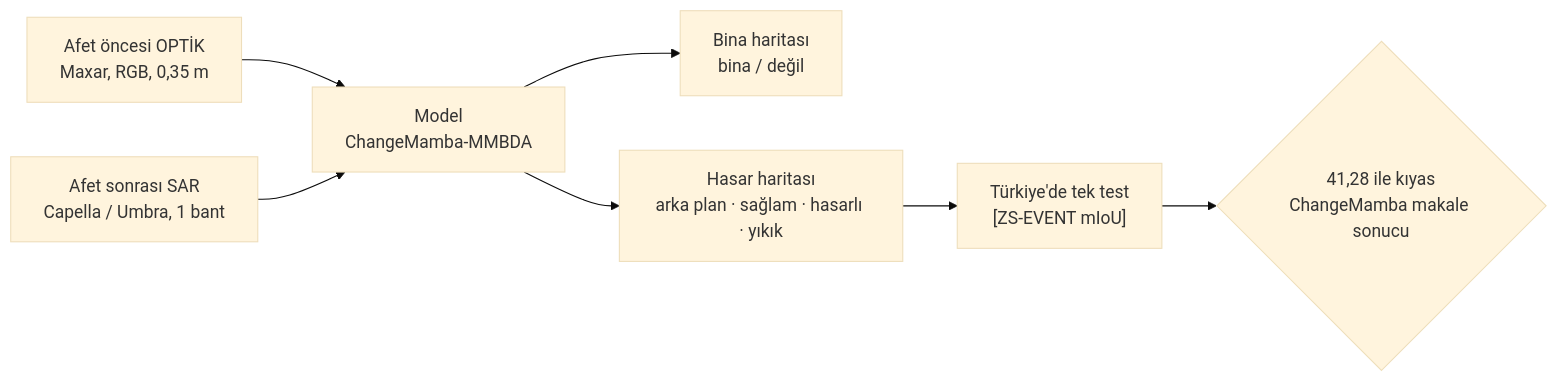
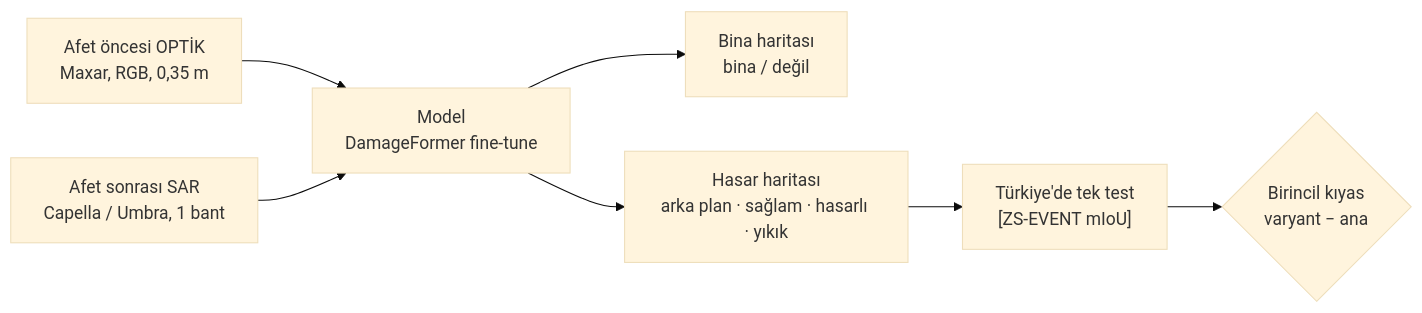
One commit to OgzhnTarhn/deprem-hasar-haritasi changed the first of 7 diagrams in docs/proje-haritasi.md. Above: the diagram before and after it, drawn with Mermaid (base theme). The commit also changed other lines of this file and 2 other files, not shown here.

Commit message:
Ders kitabına fine-tune ve SAR artırımı dersini ekle

````diff
--- a/docs/proje-haritasi.md
+++ b/docs/proje-haritasi.md
@@ -45,9 +45,9 @@
 ```mermaid
 flowchart LR
     A["Afet öncesi OPTİK<br/>Maxar, RGB, 0,35 m"] --> M
     B["Afet sonrası SAR<br/>Capella / Umbra, 1 bant"] --> M
-    M["Model<br/>ChangeMamba-MMBDA"] --> L["Bina haritası<br/>bina / değil"]
+    M["Model<br/>DamageFormer fine-tune"] --> L["Bina haritası<br/>bina / değil"]
     M --> C["Hasar haritası<br/>arka plan · sağlam · hasarlı · yıkık"]
     C --> E["Türkiye'de tek test<br/>[ZS-EVENT mIoU]"]
-    E --> K{"41,28 ile kıyas<br/>ChangeMamba makale sonucu"}
+    E --> K{"Birincil kıyas<br/>varyant − ana"}
 ```
````
